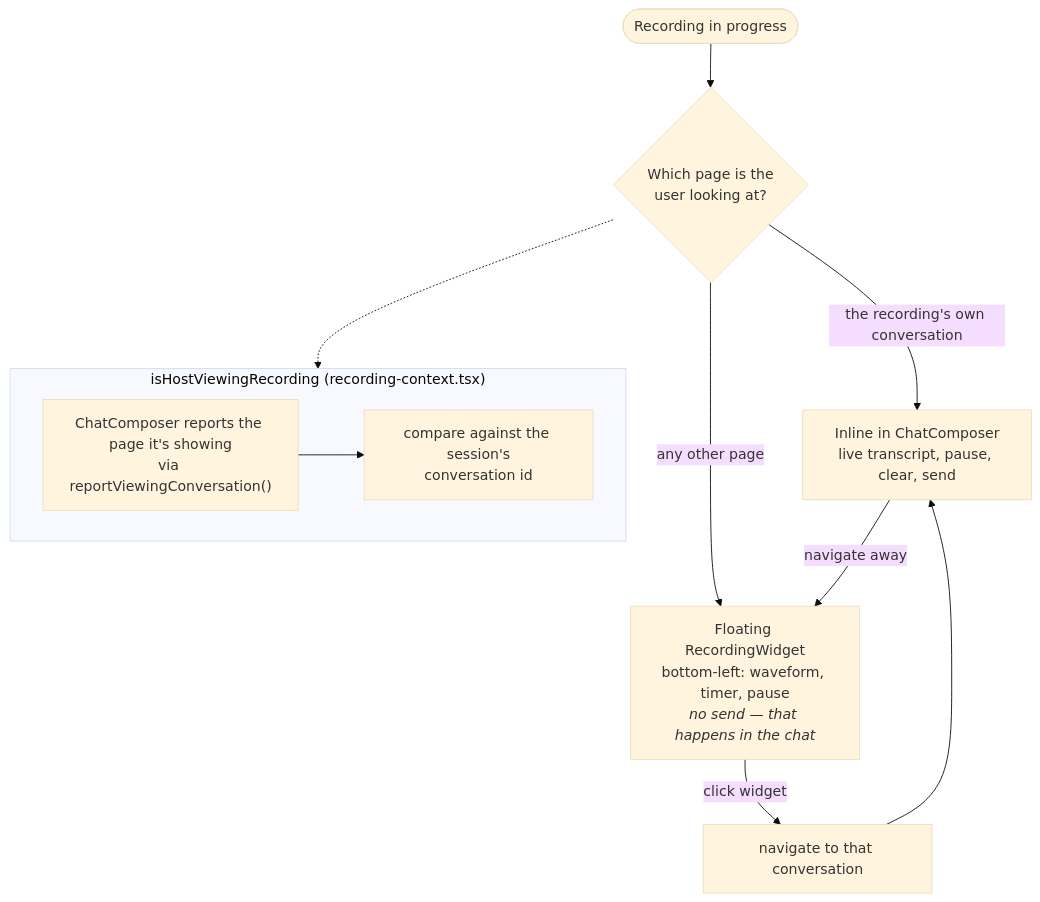
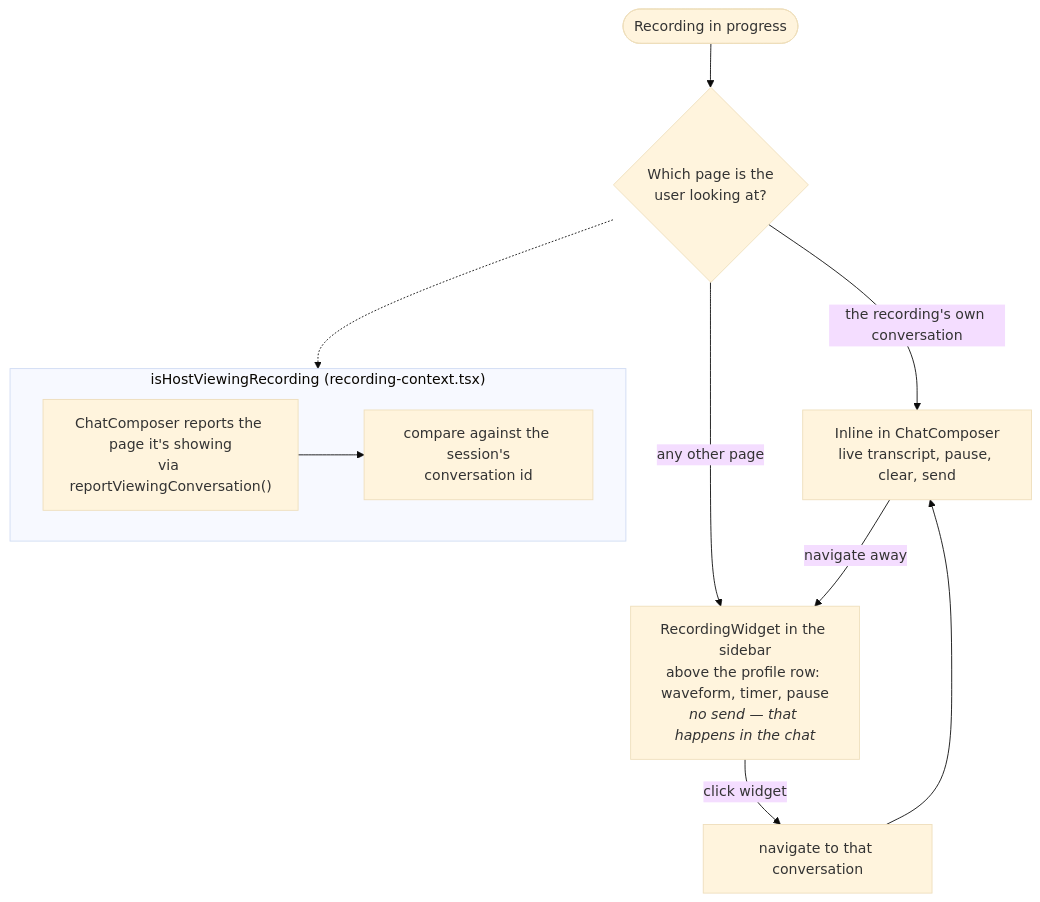
The fifth of 16 diagrams in FLOW.md (karlwehbe/AI-Note-taker), drawn with Mermaid (base theme) before and after one commit. The commit also changed other lines of this file and 1 other file, not shown here.

Commit message:
Updated README.md and FLOW.md

````diff
--- a/FLOW.md
+++ b/FLOW.md
@@ -224,15 +235,15 @@
 ```mermaid
 flowchart TD
   START(["Recording in progress"]) --> Q{"Which page is the<br/>user looking at?"}
   Q -->|"the recording's own conversation"| INLINE["Inline in ChatComposer<br/>live transcript, pause, clear, send"]
-  Q -->|"any other page"| WIDGET["Floating RecordingWidget<br/>bottom-left: waveform, timer, pause<br/><i>no send — that happens in the chat</i>"]
+  Q -->|"any other page"| WIDGET["RecordingWidget in the sidebar<br/>above the profile row: waveform, timer, pause<br/><i>no send — that happens in the chat</i>"]
   WIDGET -->|click widget| NAV["navigate to that conversation"] --> INLINE
   INLINE -->|navigate away| WIDGET
 
   subgraph decides["isHostViewingRecording (recording-context.tsx)"]
     D1["ChatComposer reports the page it's showing<br/>via reportViewingConversation()"]
     D2["compare against the session's<br/>conversation id"]
     D1 --> D2
   end
   Q -.-> decides
 ```
````
